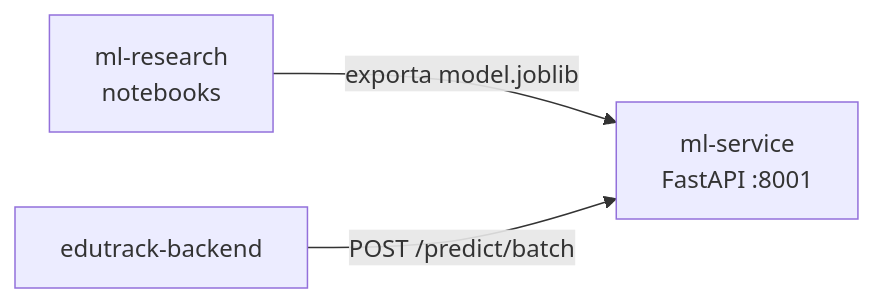
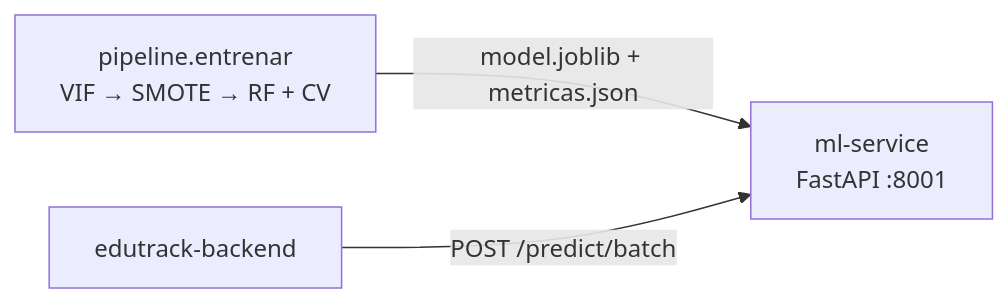
Before and after one commit to edutrack-pe/edutrack-ml: the diagram in README.md, drawn with Mermaid. The commit also changed other lines of this file and 3 other files, not shown here.

````diff
--- a/README.md
+++ b/README.md
@@ -10,5 +11,5 @@
 ```mermaid
 flowchart LR
-    R[ml-research<br/>notebooks] -- exporta model.joblib --> S[ml-service<br/>FastAPI :8001]
+    P[pipeline.entrenar<br/>VIF → SMOTE → RF + CV] -- model.joblib + metricas.json --> S[ml-service<br/>FastAPI :8001]
     B[edutrack-backend] -- POST /predict/batch --> S
 ```
````
